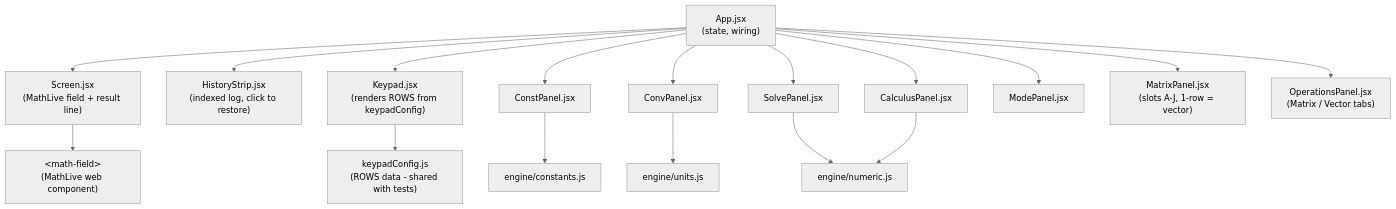
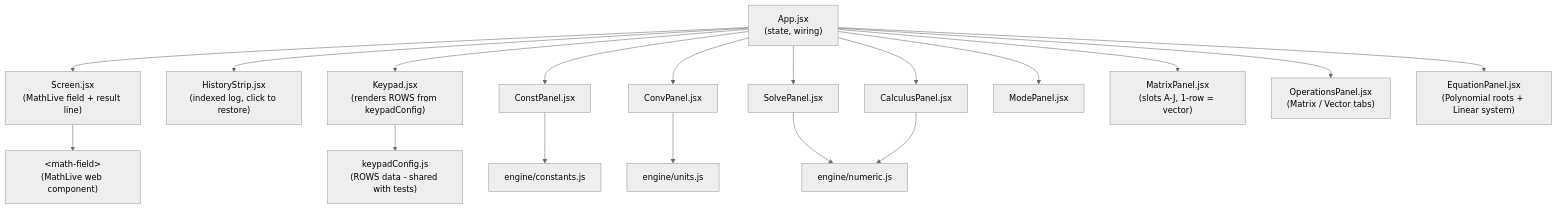
Before and after one commit to sreenikh/scientific-calculator: the first of 3 diagrams in docs/architecture.md, drawn with Mermaid (neutral theme). The commit also changed other lines of this file and 6 other files, not shown here.

````diff
--- a/docs/architecture.md
+++ b/docs/architecture.md
@@ -16,24 +16,25 @@
 ```mermaid
 graph TD
     App["App.jsx\n(state, wiring)"]
 
     App --> Screen["Screen.jsx\n(MathLive field + result line)"]
     App --> HS["HistoryStrip.jsx\n(indexed log, click to restore)"]
     App --> Keypad["Keypad.jsx\n(renders ROWS from keypadConfig)"]
     App --> CP["ConstPanel.jsx"]
     App --> CV["ConvPanel.jsx"]
     App --> SP["SolvePanel.jsx"]
     App --> CA["CalculusPanel.jsx"]
     App --> MP["ModePanel.jsx"]
     App --> MAT["MatrixPanel.jsx\n(slots A-J, 1-row = vector)"]
     App --> OP["OperationsPanel.jsx\n(Matrix / Vector tabs)"]
+    App --> EQ["EquationPanel.jsx\n(Polynomial roots + Linear system)"]
 
     Screen --> MF["&lt;math-field&gt;\n(MathLive web component)"]
 
     Keypad --> KC["keypadConfig.js\n(ROWS data - shared with tests)"]
 
     CP --> C["engine/constants.js"]
     CV --> U["engine/units.js"]
     SP --> N["engine/numeric.js"]
     CA --> N
 ```
````
